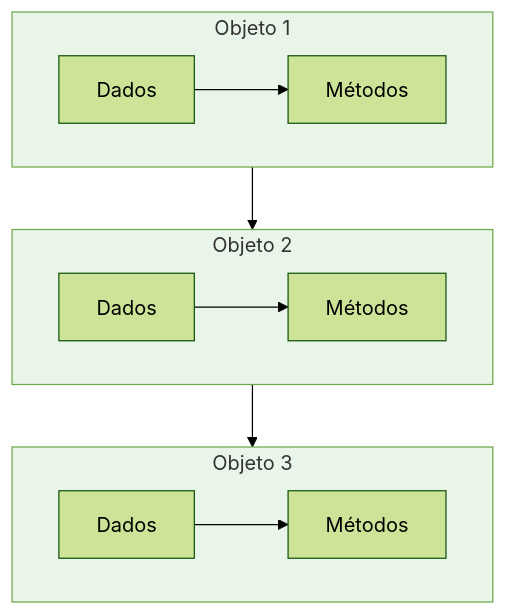
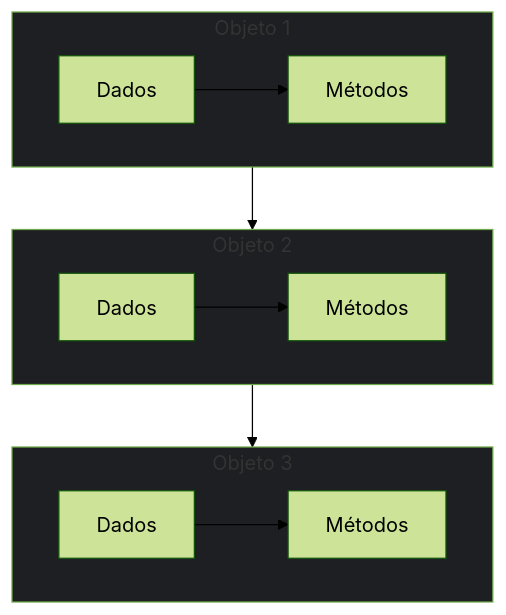
One commit to ThayronyVonHeld/java-backend-journey changed the second of 2 diagrams in Readme - Lessons/object-oriented-programming(oop)/Lesson 1 - What is OOP/lesson-01-pt.md. Above: the diagram before and after it, drawn with Mermaid (forest theme). The commit also changed other lines of this file and 3 other files, not shown here.

````diff
--- a/Readme - Lessons/object-oriented-programming(oop)/Lesson 1 - What is OOP/lesson-01-pt.md
+++ b/Readme - Lessons/object-oriented-programming(oop)/Lesson 1 - What is OOP/lesson-01-pt.md
@@ -104,21 +103,21 @@
 ```mermaid
 flowchart TD
     subgraph O1 [Objeto 1]
         D1[Dados] --> M1[Métodos]
     end
-    
+
     subgraph O2 [Objeto 2]
         D2[Dados] --> M2[Métodos]
     end
-    
+
     subgraph O3 [Objeto 3]
         D3[Dados] --> M3[Métodos]
     end
-    
+
     O1 --> O2
     O2 --> O3
-    
-    style O1 fill:#e8f5e8
-    style O2 fill:#e8f5e8
-    style O3 fill:#e8f5e8
+
+    style O1 fill:#1E1F22
+    style O2 fill:#1E1F22
+    style O3 fill:#1E1F22
 ```
````
